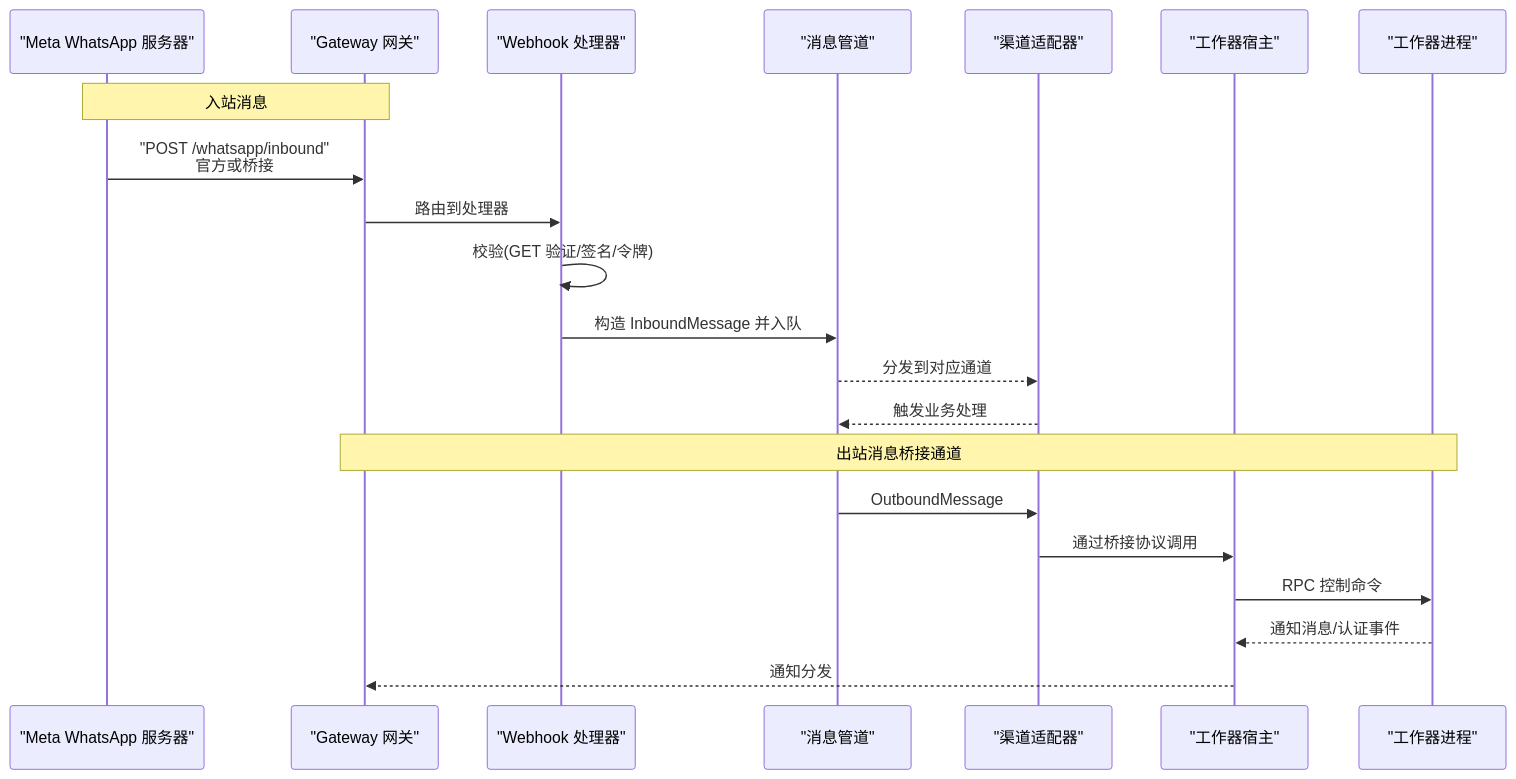
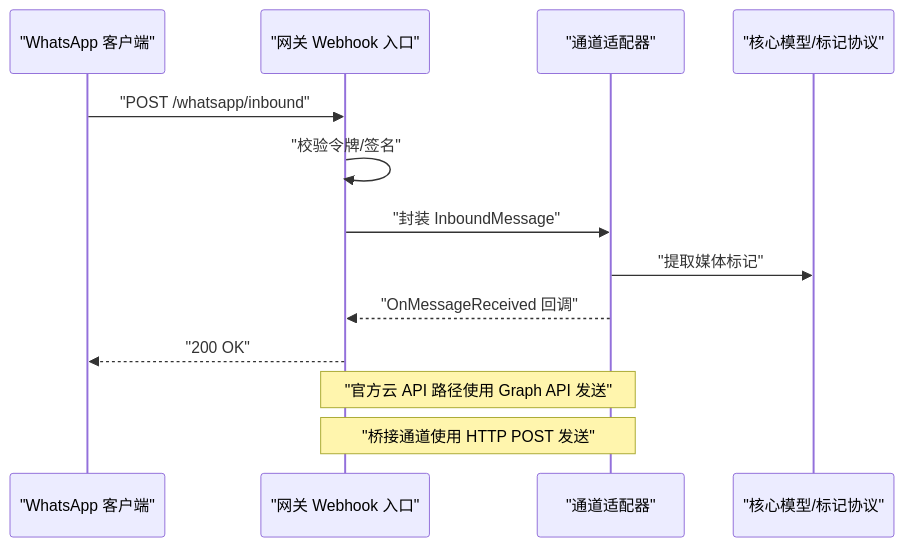
The second of 8 diagrams in .qoder/repowiki/zh/content/通信渠道/WhatsApp 集成.md (wayyet/kingcrab), drawn with Mermaid before and after one commit. The commit also changed other lines of this file and 431 other files, not shown here.

````diff
--- a/.qoder/repowiki/zh/content/通信渠道/WhatsApp 集成.md
+++ b/.qoder/repowiki/zh/content/通信渠道/WhatsApp 集成.md
@@ -123,23 +121,15 @@
 ```mermaid
 sequenceDiagram
-participant Meta as "Meta WhatsApp 服务器"
-participant GW as "Gateway 网关"
-participant WH as "Webhook 处理器"
-participant PIPE as "消息管道"
-participant CH as "渠道适配器"
-participant HOST as "工作器宿主"
-participant WKR as "工作器进程"
-Note over Meta,GW : 入站消息
-Meta->>GW : "POST /whatsapp/inbound"<br/>官方或桥接
-GW->>WH : 路由到处理器
-WH->>WH : 校验(GET 验证/签名/令牌)
-WH->>PIPE : 构造 InboundMessage 并入队
-PIPE-->>CH : 分发到对应通道
-CH-->>PIPE : 触发业务处理
-Note over GW,WKR : 出站消息桥接通道
-PIPE->>CH : OutboundMessage
-CH->>HOST : 通过桥接协议调用
-HOST->>WKR : RPC 控制命令
-WKR-->>HOST : 通知消息/认证事件
-HOST-->>GW : 通知分发
+participant Client as "WhatsApp 客户端"
+participant GW as "网关 Webhook 入口"
+participant CH as "通道适配器"
+participant CORE as "核心模型/标记协议"
+Client->>GW : "POST /whatsapp/inbound"
+GW->>GW : "校验令牌/签名"
+GW->>CH : "封装 InboundMessage"
+CH->>CORE : "提取媒体标记"
+CH-->>GW : "OnMessageReceived 回调"
+GW-->>Client : "200 OK"
+Note over GW,CH : "官方云 API 路径使用 Graph API 发送"
+Note over GW,CH : "桥接通道使用 HTTP POST 发送"
 ```
````
